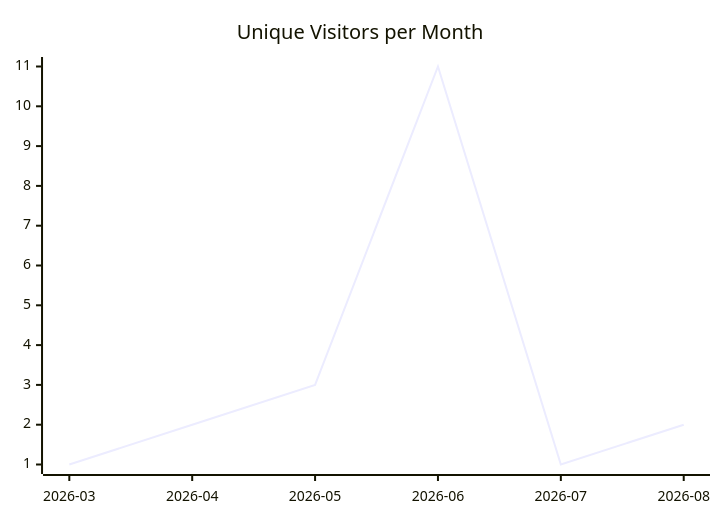
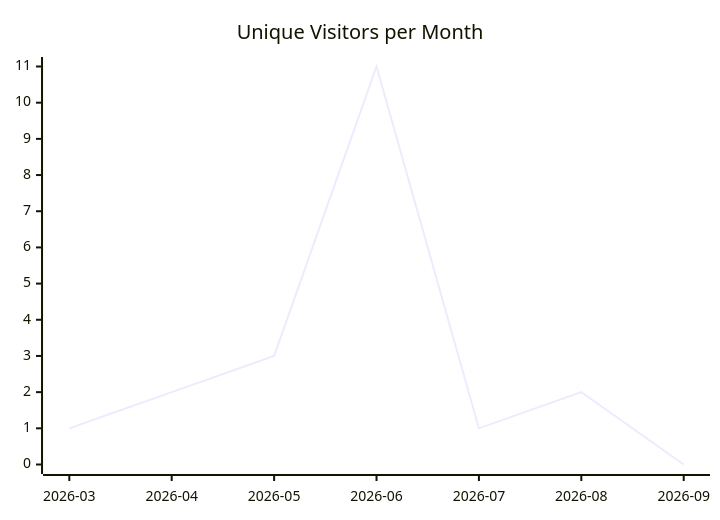
One commit to justdavis-family/github-analytics-data changed the first of 3 diagrams in karlmdavis/justdavis-ansible/README.md. Above: the diagram before and after it, drawn with Mermaid. The commit also changed other lines of this file and 191 other files, not shown here.

````diff
--- a/karlmdavis/justdavis-ansible/README.md
+++ b/karlmdavis/justdavis-ansible/README.md
@@ -5,6 +5,6 @@
 ```mermaid
 xychart-beta
   title "Unique Visitors per Month"
-  x-axis ["2026-03", "2026-04", "2026-05", "2026-06", "2026-07", "2026-08"]
-  line [1, 2, 3, 11, 1, 2]
+  x-axis ["2026-03", "2026-04", "2026-05", "2026-06", "2026-07", "2026-08", "2026-09"]
+  line [1, 2, 3, 11, 1, 2, 0]
 ```
````
